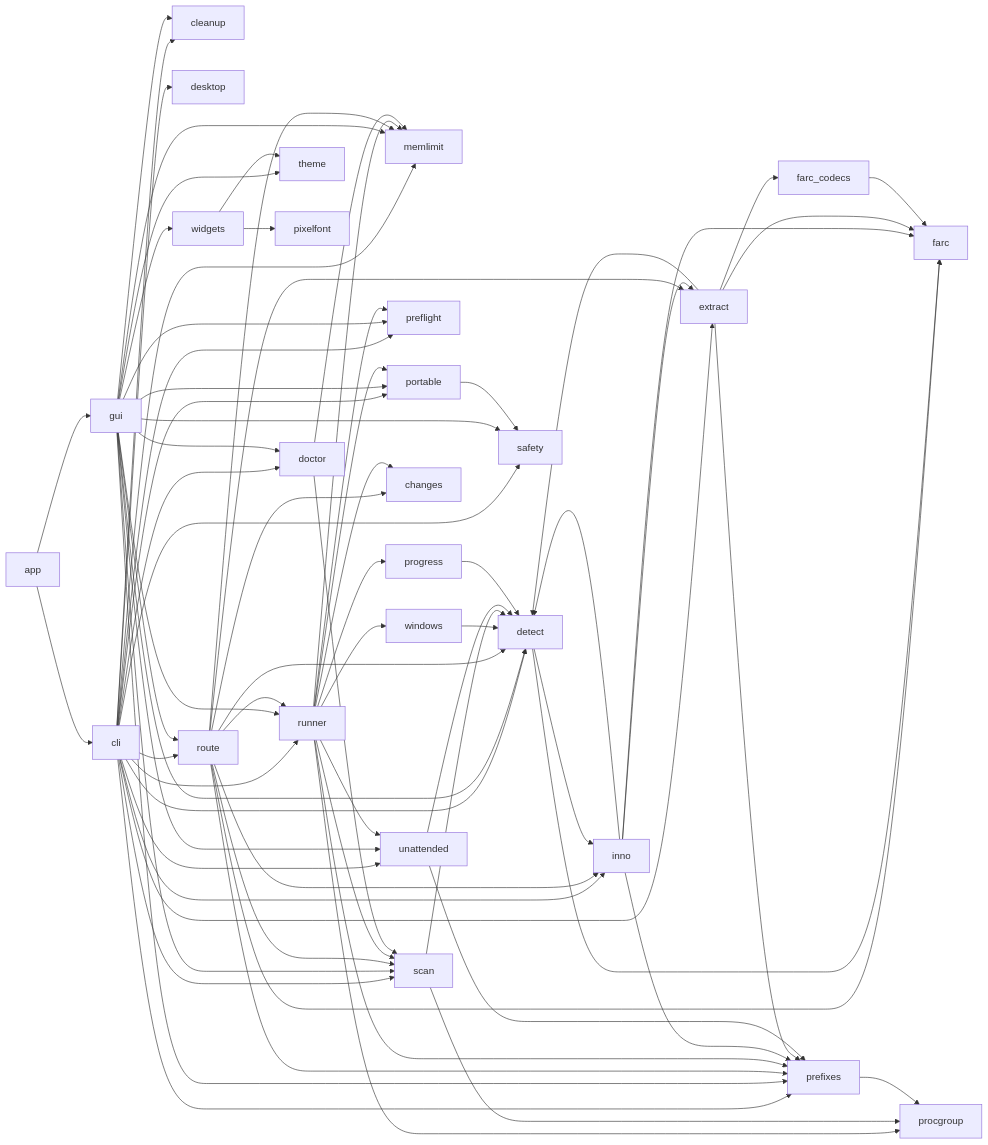
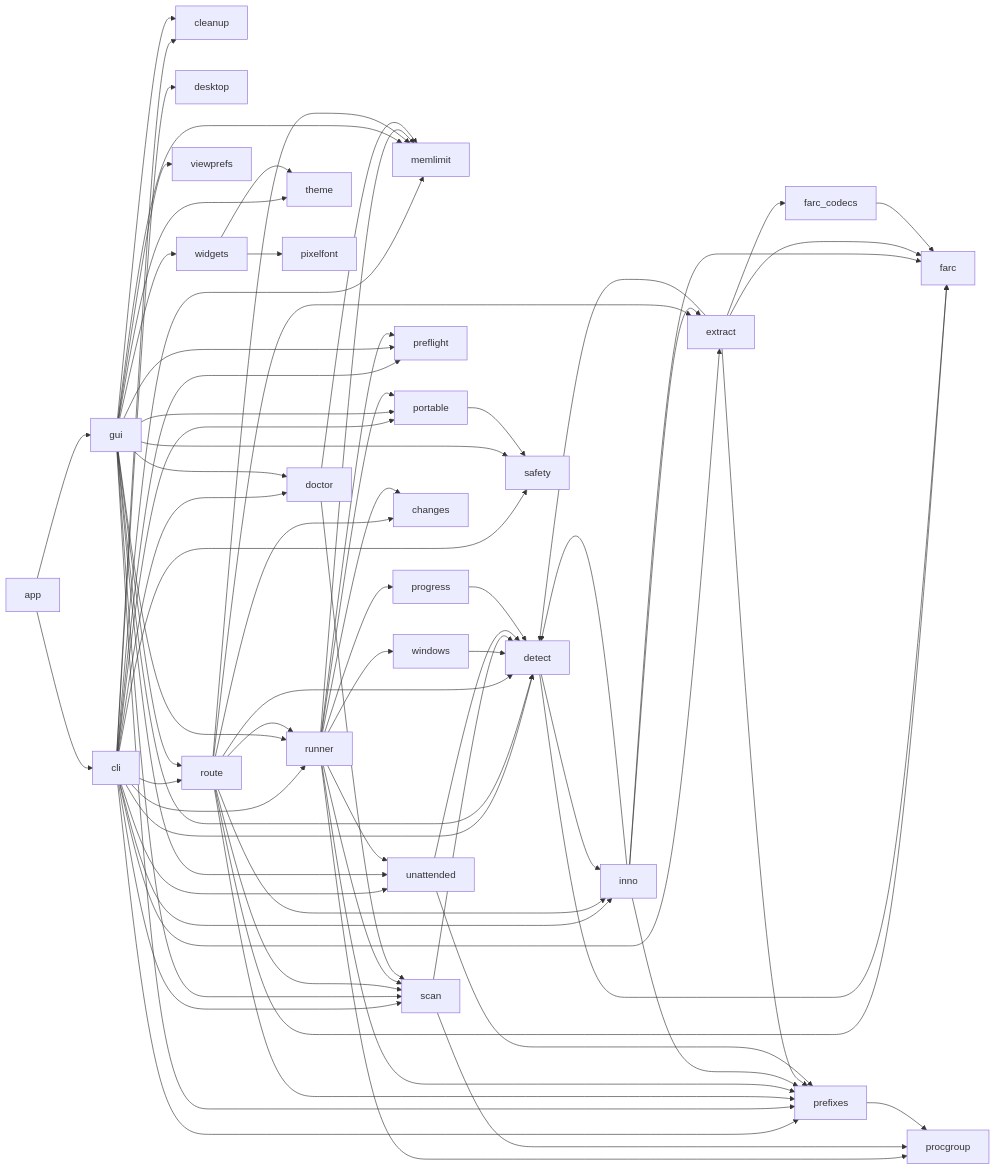
One commit to undecuple/gitfurl changed the second of 6 diagrams in docs/code-map.md. Above: the diagram before and after it, drawn with Mermaid. The commit also changed other lines of this file and 9 other files, not shown here.

````diff
--- a/docs/code-map.md
+++ b/docs/code-map.md
@@ -57,20 +57,20 @@
 ```mermaid
 flowchart LR
   app --> cli & gui
   cli --> cleanup & desktop & detect & doctor & extract & inno & memlimit & portable & prefixes & preflight & route & runner & safety & scan & unattended
-  gui --> cleanup & detect & doctor & memlimit & portable & prefixes & preflight & route & runner & safety & scan & theme & unattended & widgets
+  gui --> cleanup & detect & doctor & memlimit & portable & prefixes & preflight & route & runner & safety & scan & theme & unattended & viewprefs & widgets
   widgets --> pixelfont & theme
   route --> changes & detect & extract & farc & inno & memlimit & prefixes & runner & scan
   runner --> changes & memlimit & portable & prefixes & preflight & procgroup & progress & scan & unattended & windows
   windows --> detect
   detect --> farc & inno
   inno --> detect & extract & farc & prefixes
   extract --> detect & farc & farc_codecs & prefixes
   farc_codecs --> farc
   doctor --> memlimit & scan
   scan --> detect & procgroup
   unattended --> detect & prefixes
   progress --> detect
   prefixes --> procgroup
   portable --> safety
 ```
````
